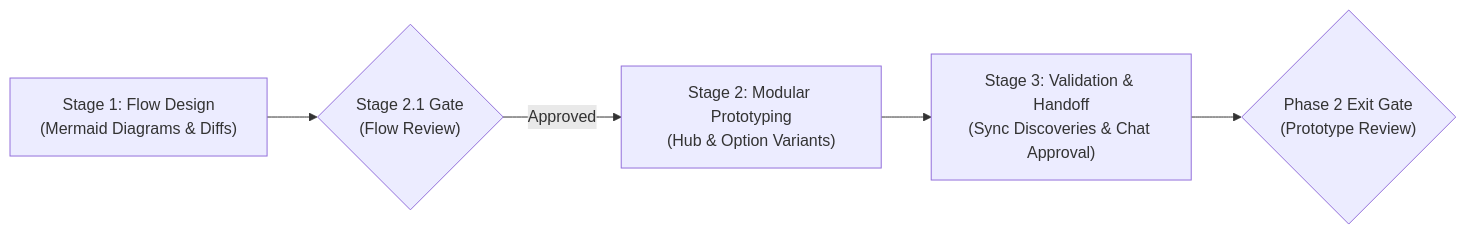
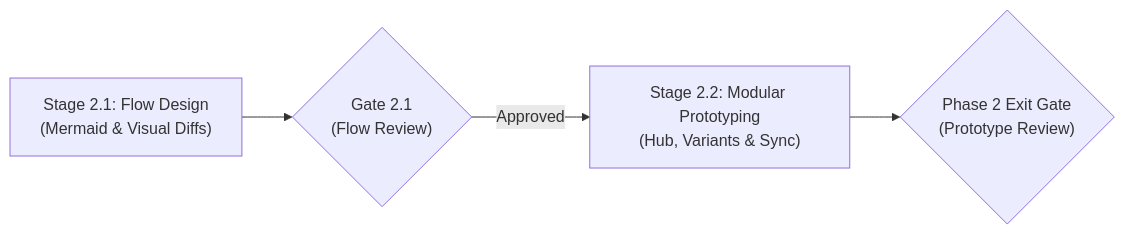
The first of 3 diagrams in .agents/skills/lifecycle-flows/SKILL.md (techoshik/skills), drawn with Mermaid before and after one commit. The commit also changed other lines of this file and 9 other files, not shown here.

````diff
--- a/.agents/skills/lifecycle-flows/SKILL.md
+++ b/.agents/skills/lifecycle-flows/SKILL.md
@@ -50,7 +55,6 @@
 ```mermaid
 flowchart LR
-    S1["Stage 1: Flow Design\n(Mermaid Diagrams & Diffs)"] --> G1{"Stage 2.1 Gate\n(Flow Review)"}
-    G1 -- Approved --> S2["Stage 2: Modular Prototyping\n(Hub & Option Variants)"]
-    S2 --> S3["Stage 3: Validation & Handoff\n(Sync Discoveries & Chat Approval)"]
-    S3 --> G2{"Phase 2 Exit Gate\n(Prototype Review)"}
+    S1["Stage 2.1: Flow Design\n(Mermaid & Visual Diffs)"] --> G1{"Gate 2.1\n(Flow Review)"}
+    G1 -- Approved --> S2["Stage 2.2: Modular Prototyping\n(Hub, Variants & Sync)"]
+    S2 --> G2{"Phase 2 Exit Gate\n(Prototype Review)"}
 ```
````
